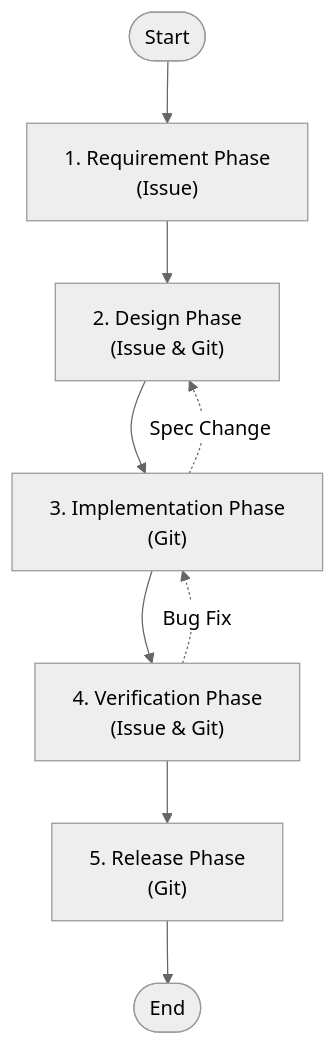
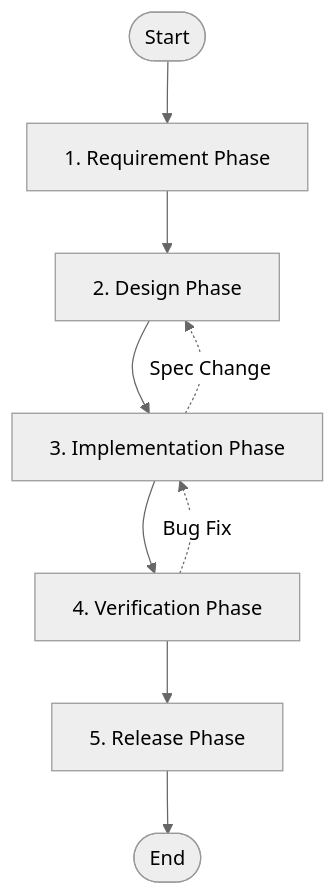
One commit to LongbowXXX/terraformer changed the first of 4 diagrams in knowledge/workflows/workflow.md. Above: the diagram before and after it, drawn with Mermaid (neutral theme).

Commit message:
feat: Update documentation for the AI collaborative workflow, detailing its phases and work breakdown structures.

````diff
--- a/knowledge/workflows/workflow.md
+++ b/knowledge/workflows/workflow.md
@@ -16,13 +16,13 @@
 ```mermaid
 graph TD
     Start([Start]) --> Req
-    Req["1. Requirement Phase<br/>(Issue)"] --> Design
-    Design["2. Design Phase<br/>(Issue & Git)"] --> Impl
-    Impl["3. Implementation Phase<br/>(Git)"] --> Verify
-    Verify["4. Verification Phase<br/>(Issue & Git)"] --> Release
-    Release["5. Release Phase<br/>(Git)"] --> End
+    Req["1. Requirement Phase"] --> Design
+    Design["2. Design Phase"] --> Impl
+    Impl["3. Implementation Phase"] --> Verify
+    Verify["4. Verification Phase"] --> Release
+    Release["5. Release Phase"] --> End
 
     Verify -.->|Bug Fix| Impl
     Impl -.->|Spec Change| Design
     End([End])
 ```
````
